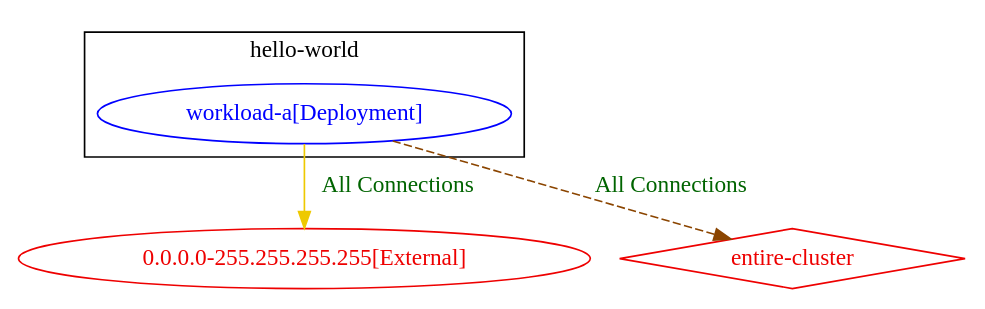
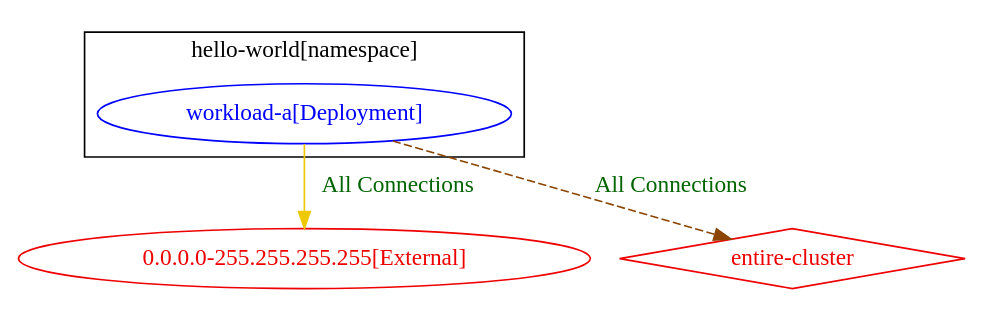
One commit to np-guard/netpol-analyzer changed the diagram in test_outputs/connlist/exposure_allow_egress_deny_ingress_test_exposure_output.dot. Above: the diagram before and after it, drawn with Graphviz. The commit also changed 475 other files, not shown here.

Commit message:
dot/graph output : add [namespace] to the namespace group name (unless it is a udn)

```diff
--- a/test_outputs/connlist/exposure_allow_egress_deny_ingress_test_exposure_output.dot
+++ b/test_outputs/connlist/exposure_allow_egress_deny_ingress_test_exposure_output.dot
@@ -1,12 +1,12 @@
 digraph {
-	subgraph "cluster_hello_world" {
+	subgraph "cluster_hello_world[namespace]" {
 		color="black"
 		fontcolor="black"
 		"hello-world/workload-a[Deployment]" [label="workload-a[Deployment]" color="blue" fontcolor="blue"]
-		label="hello-world"
+		label="hello-world[namespace]"
 	}
 	"0.0.0.0-255.255.255.255[External]" [label="0.0.0.0-255.255.255.255[External]" color="red2" fontcolor="red2"]
 	"entire-cluster" [label="entire-cluster" color="red2" fontcolor="red2" shape=diamond]
 	"hello-world/workload-a[Deployment]" -> "0.0.0.0-255.255.255.255[External]" [label="All Connections" color="gold2" fontcolor="darkgreen" weight=1]
 	"hello-world/workload-a[Deployment]" -> "entire-cluster" [label="All Connections" color="darkorange4" fontcolor="darkgreen" weight=0.5 style=dashed]
 }
```
